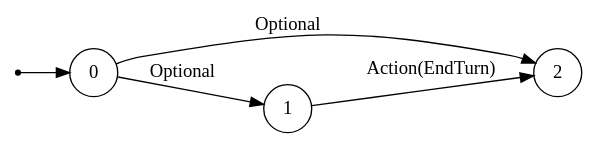
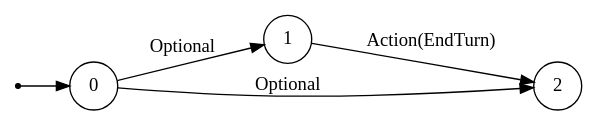
The diagram in ir/tests_out/optional_rule.dot (mentalcardgames/mcg), drawn with Graphviz before and after one commit. The commit also changed other lines of this file and 18 other files, not shown here.

```diff
--- a/ir/tests_out/optional_rule.dot
+++ b/ir/tests_out/optional_rule.dot
@@ -1,9 +1,9 @@
 digraph FSM {
   rankdir=LR;
   node [shape = circle];
+  0 -> 1 [label="Optional"];
   0 -> 2 [label="Optional"];
-  0 -> 1 [label="Optional"];
   1 -> 2 [label="Action(EndTurn)"];
   start [shape=point];
   start -> 0;
 }
```
